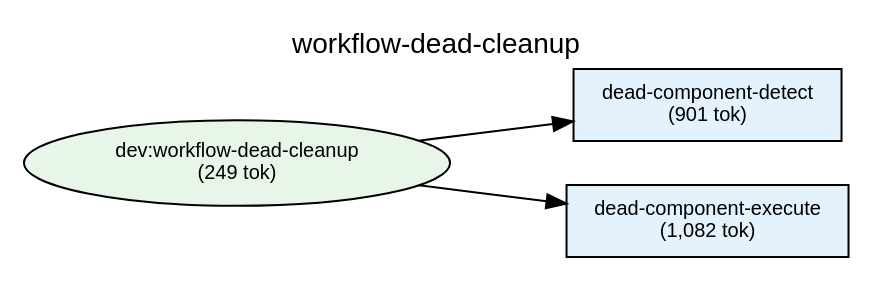
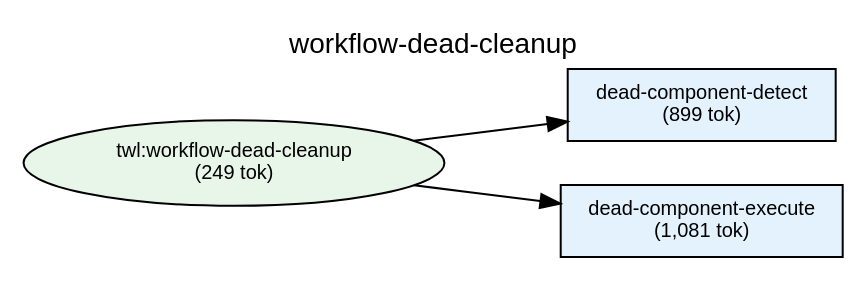
The diagram in plugins/twl/docs/deps-workflow-dead-cleanup.dot (shuu5/twill), drawn with Graphviz before and after one commit. The commit also changed 19 other files, not shown here.

```diff
--- a/plugins/twl/docs/deps-workflow-dead-cleanup.dot
+++ b/plugins/twl/docs/deps-workflow-dead-cleanup.dot
@@ -1,45 +1,45 @@
 digraph Dependencies {
     // Graph settings
     rankdir=LR;
     ranksep=0.8;
     nodesep=0.3;
     fontname="Helvetica";
     node [fontname="Helvetica", fontsize=10];
     edge [fontname="Helvetica", fontsize=9];
     label="workflow-dead-cleanup";
     labelloc=t;
     fontsize=14;
 
     // L0: Controller Skills
 
     // L0: Launchers
 
     // L0.5: Workflow Skills
-    skill_workflow_dead_cleanup [label="dev:workflow-dead-cleanup\n(249 tok)", shape=ellipse, style=filled, fillcolor="#e8f5e9"];
+    skill_workflow_dead_cleanup [label="twl:workflow-dead-cleanup\n(249 tok)", shape=ellipse, style=filled, fillcolor="#e8f5e9"];
 
     // Reference Skills
 
     // L1: Direct Commands
-    cmd_dead_component_detect [label="dead-component-detect\n(901 tok)", shape=box, style=filled, fillcolor="#e3f2fd"];
-    cmd_dead_component_execute [label="dead-component-execute\n(1,082 tok)", shape=box, style=filled, fillcolor="#e3f2fd"];
+    cmd_dead_component_detect [label="dead-component-detect\n(899 tok)", shape=box, style=filled, fillcolor="#e3f2fd"];
+    cmd_dead_component_execute [label="dead-component-execute\n(1,081 tok)", shape=box, style=filled, fillcolor="#e3f2fd"];
 
     // L2: Sub Commands
 
     // L3: Agents
 
     // L3.5: Scripts
 
     // L4: External
 
     // Layer constraints
     { rank=same; skill_workflow_dead_cleanup; }
     { rank=same; cmd_dead_component_detect; cmd_dead_component_execute; }
 
     // Edges
     skill_workflow_dead_cleanup -> cmd_dead_component_detect;
     skill_workflow_dead_cleanup -> cmd_dead_component_execute;
 
     // Ordering constraints (invisible edges)
     cmd_dead_component_detect -> cmd_dead_component_execute [style=invis, weight=10];
 
 }
```
